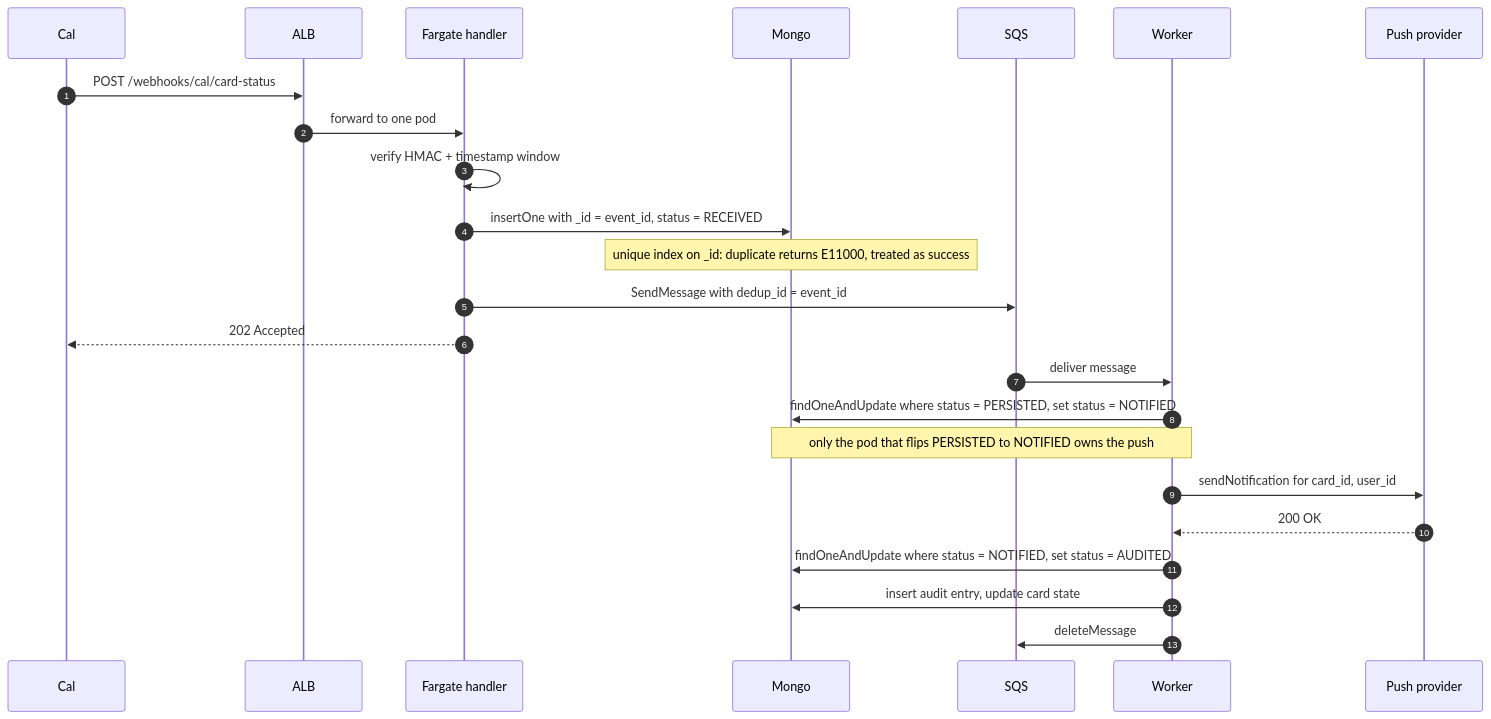
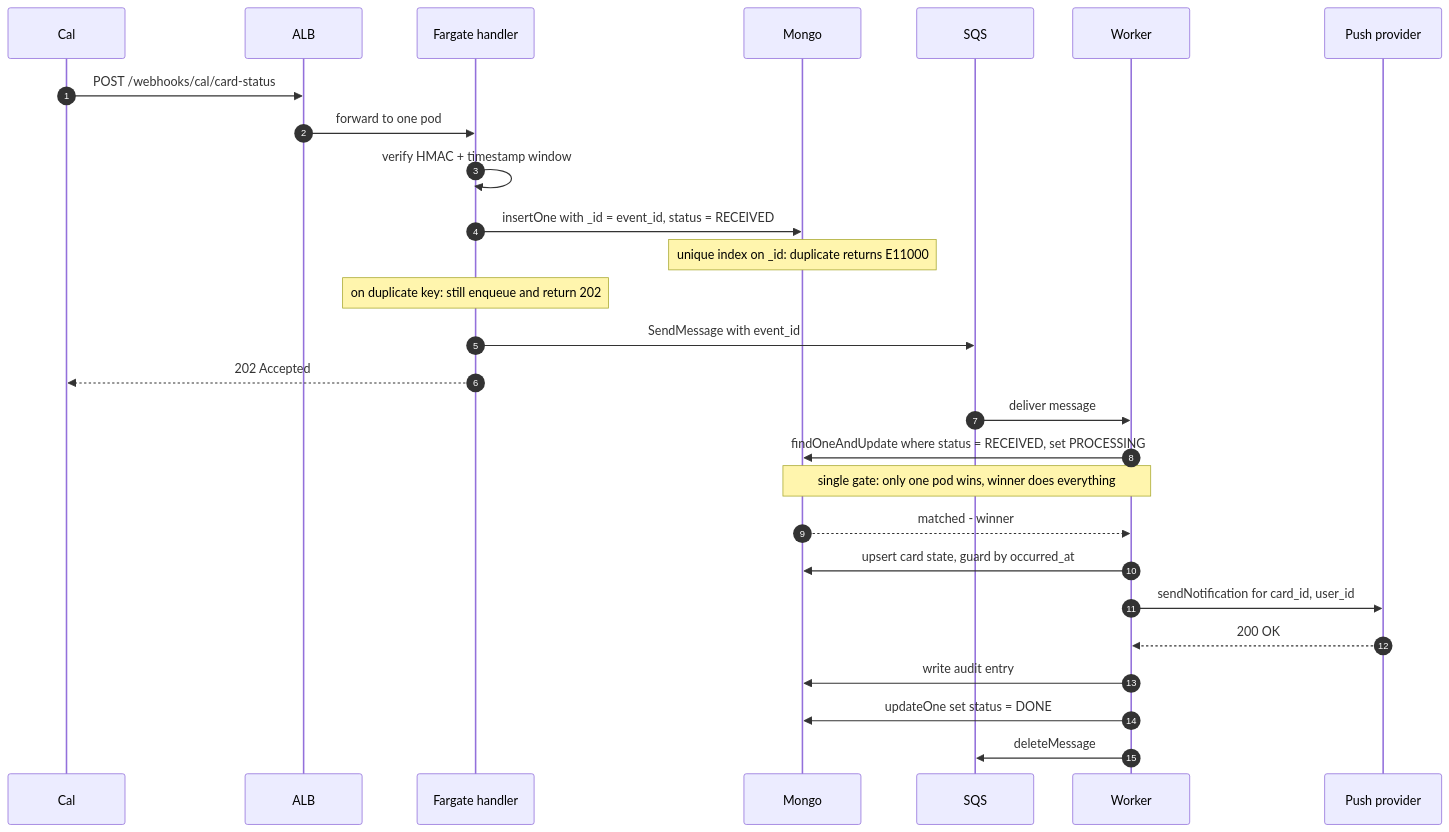
The second of 4 diagrams in architecture.md (YoniRipp/TravelIO-arch), drawn with Mermaid before and after one commit. The commit also changed other lines of this file and 1 other file, not shown here.

First line of the commit message:
Rewrite design: single-gate dedup, fix state machine and SQS errors

````diff
--- a/architecture.md
+++ b/architecture.md
@@ -55,28 +56,31 @@
 ```mermaid
 sequenceDiagram
     autonumber
     participant Cal
     participant ALB
     participant Handler as Fargate handler
     participant Mongo
     participant SQS
     participant Worker
     participant Push as Push provider
 
     Cal->>ALB: POST /webhooks/cal/card-status
     ALB->>Handler: forward to one pod
     Handler->>Handler: verify HMAC + timestamp window
     Handler->>Mongo: insertOne with _id = event_id, status = RECEIVED
-    Note over Mongo: unique index on _id: duplicate returns E11000, treated as success
-    Handler->>SQS: SendMessage with dedup_id = event_id
+    Note over Mongo: unique index on _id: duplicate returns E11000
+    Note over Handler: on duplicate key: still enqueue and return 202
+    Handler->>SQS: SendMessage with event_id
     Handler-->>Cal: 202 Accepted
 
     SQS->>Worker: deliver message
-    Worker->>Mongo: findOneAndUpdate where status = PERSISTED, set status = NOTIFIED
-    Note over Worker,Mongo: only the pod that flips PERSISTED to NOTIFIED owns the push
+    Worker->>Mongo: findOneAndUpdate where status = RECEIVED, set PROCESSING
+    Note over Worker,Mongo: single gate: only one pod wins, winner does everything
+    Mongo-->>Worker: matched - winner
+    Worker->>Mongo: upsert card state, guard by occurred_at
     Worker->>Push: sendNotification for card_id, user_id
     Push-->>Worker: 200 OK
-    Worker->>Mongo: findOneAndUpdate where status = NOTIFIED, set status = AUDITED
-    Worker->>Mongo: insert audit entry, update card state
+    Worker->>Mongo: write audit entry
+    Worker->>Mongo: updateOne set status = DONE
     Worker->>SQS: deleteMessage
 ```
````
